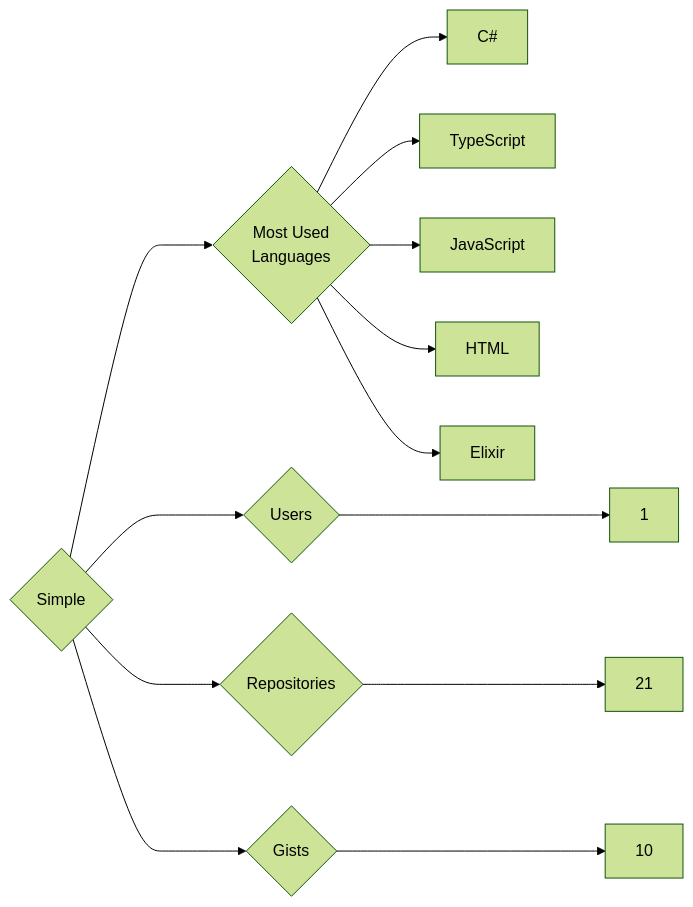
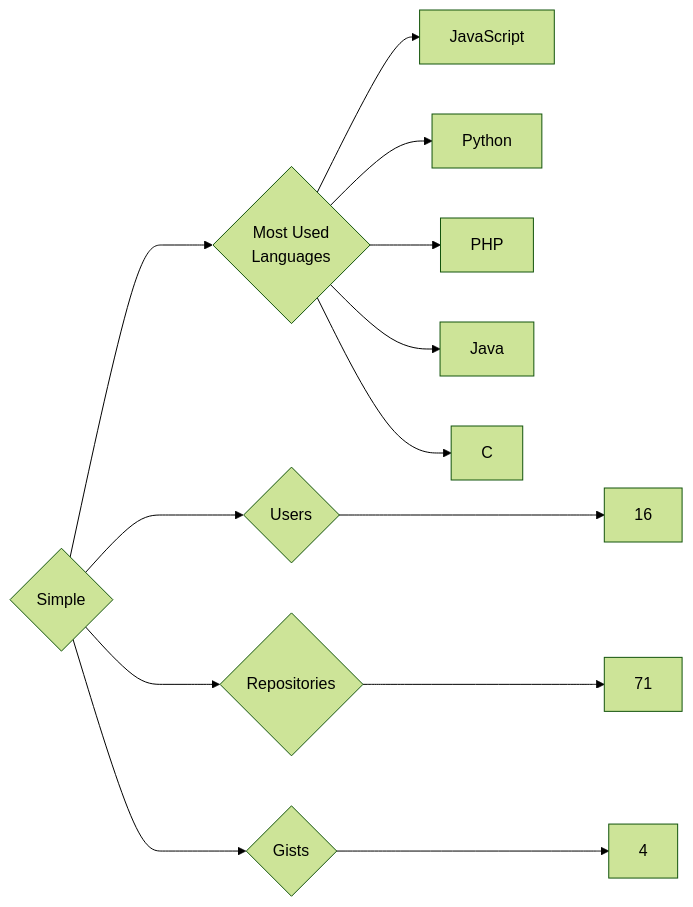
One commit to trickest/insiders changed the diagram in targets/Simple/README.md. Above: the diagram before and after it, drawn with Mermaid (forest theme). The commit also changed 965 other files, not shown here.

````diff
--- a/targets/Simple/README.md
+++ b/targets/Simple/README.md
@@ -3,13 +3,13 @@
 ```mermaid
 graph LR
 COMPANY_NAME{Simple}
-COMPANY_NAME ---> U{Users} ---> UN[1]
-COMPANY_NAME ---> R{Repositories} ---> RN[21]
-COMPANY_NAME ---> G{Gists} ---> GN[10]
+COMPANY_NAME ---> U{Users} ---> UN[16]
+COMPANY_NAME ---> R{Repositories} ---> RN[71]
+COMPANY_NAME ---> G{Gists} ---> GN[4]
 COMPANY_NAME ---> ML{Most Used<br>Languages}
-ML --> C#[C#]
-ML --> TypeScript[TypeScript]
 ML --> JavaScript[JavaScript]
-ML --> HTML[HTML]
-ML --> Elixir[Elixir]
+ML --> Python[Python]
+ML --> PHP[PHP]
+ML --> Java[Java]
+ML --> C[C]
 ```
````
